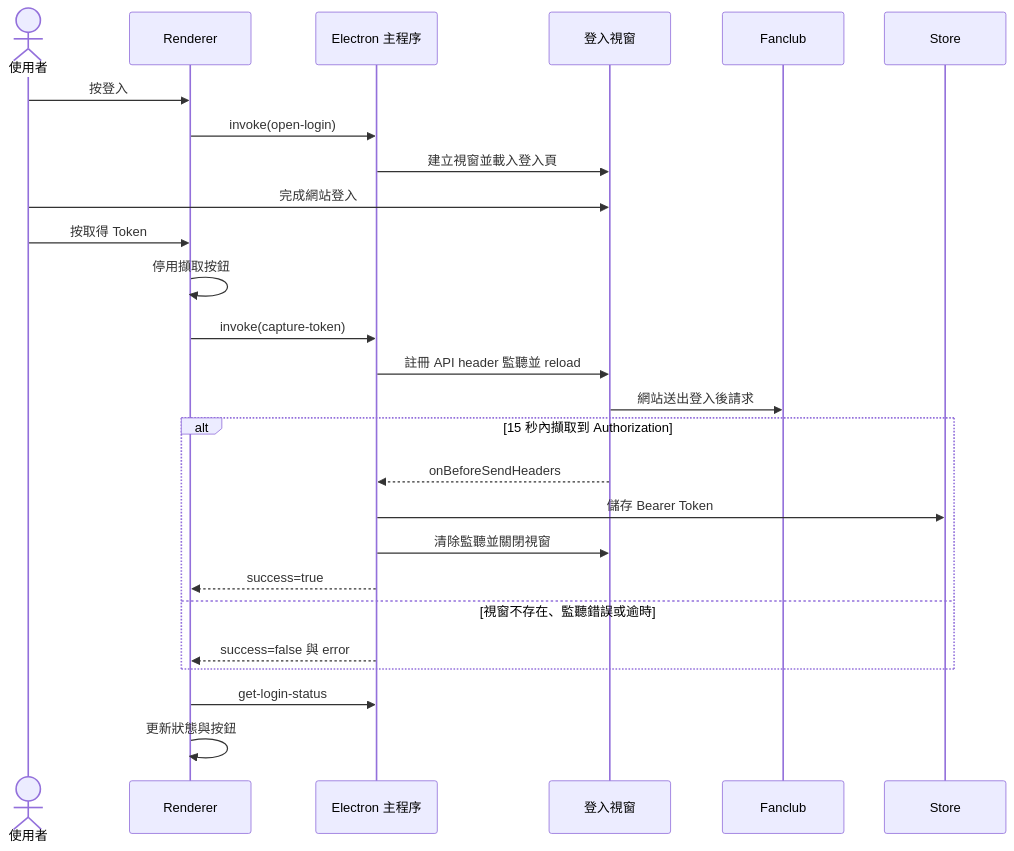
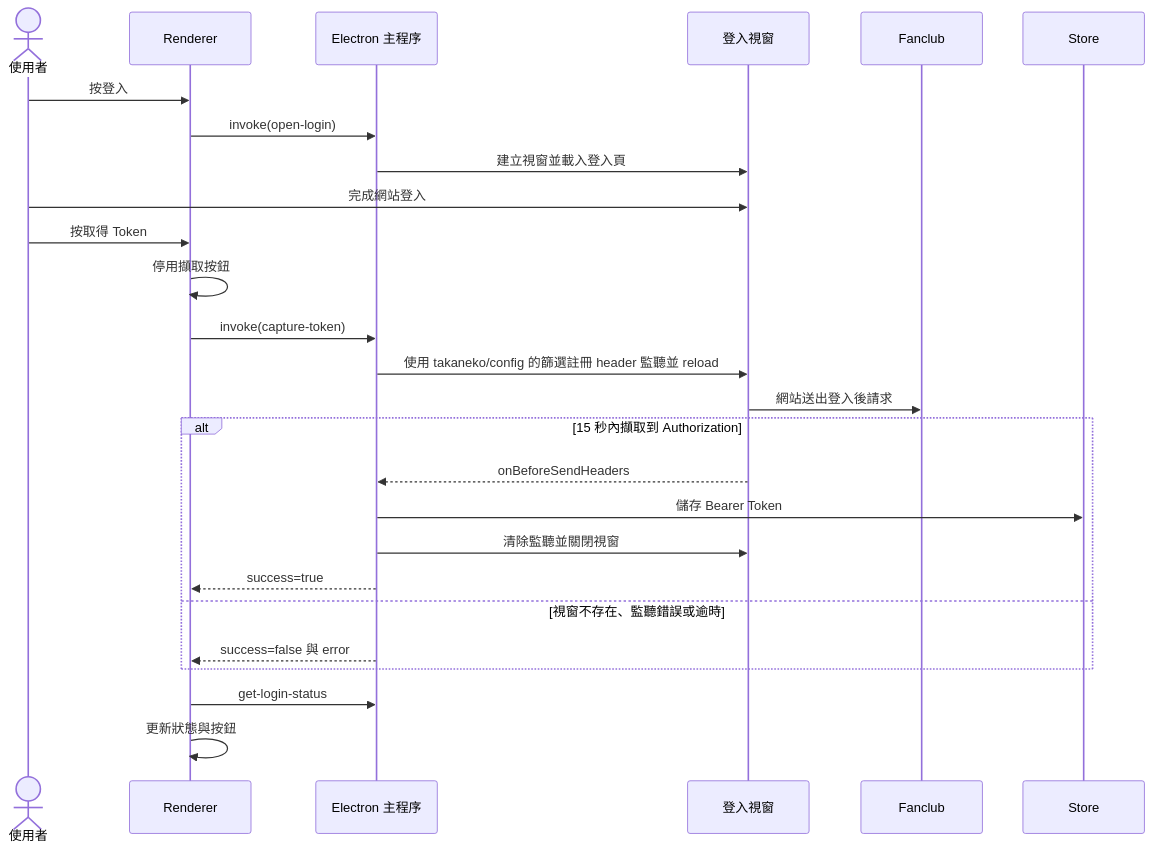
The first of 4 diagrams in docs/interaction-flow.md (Senachi124/TakanekoFanClubDownloader), drawn with Mermaid before and after one commit. The commit also changed other lines of this file and 23 other files, not shown here.

````diff
--- a/docs/interaction-flow.md
+++ b/docs/interaction-flow.md
@@ -7,28 +7,28 @@
 ```mermaid
 sequenceDiagram
     actor U as 使用者
     participant R as Renderer
     participant M as Electron 主程序
     participant L as 登入視窗
     participant F as Fanclub
     participant S as Store
     U->>R: 按登入
     R->>M: invoke(open-login)
     M->>L: 建立視窗並載入登入頁
     U->>L: 完成網站登入
     U->>R: 按取得 Token
     R->>R: 停用擷取按鈕
     R->>M: invoke(capture-token)
-    M->>L: 註冊 API header 監聽並 reload
+    M->>L: 使用 takaneko/config 的篩選註冊 header 監聽並 reload
     L->>F: 網站送出登入後請求
     alt 15 秒內擷取到 Authorization
         L-->>M: onBeforeSendHeaders
         M->>S: 儲存 Bearer Token
         M->>L: 清除監聽並關閉視窗
         M-->>R: success=true
     else 視窗不存在、監聽錯誤或逾時
         M-->>R: success=false 與 error
     end
     R->>M: get-login-status
     R->>R: 更新狀態與按鈕
 ```
````
